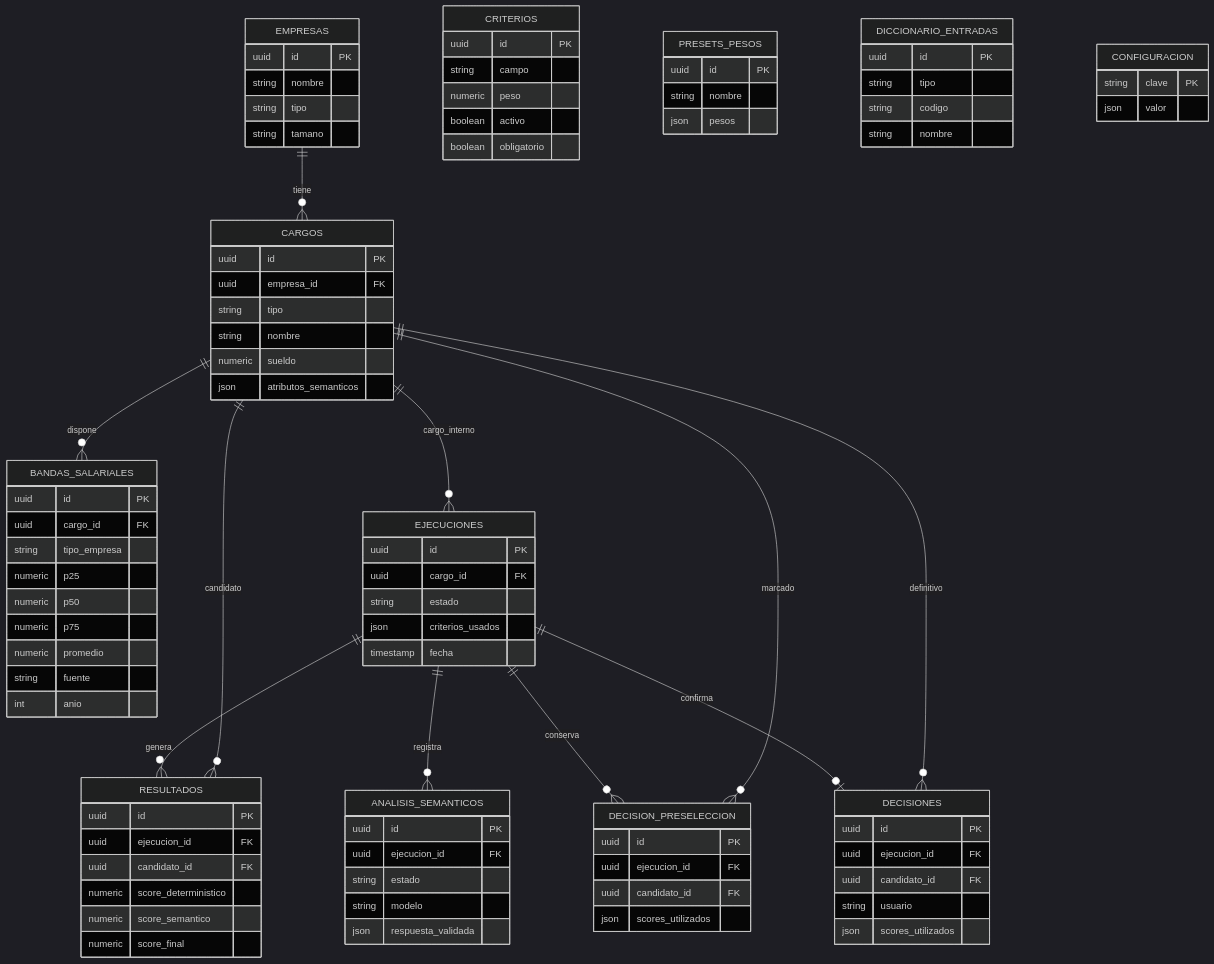
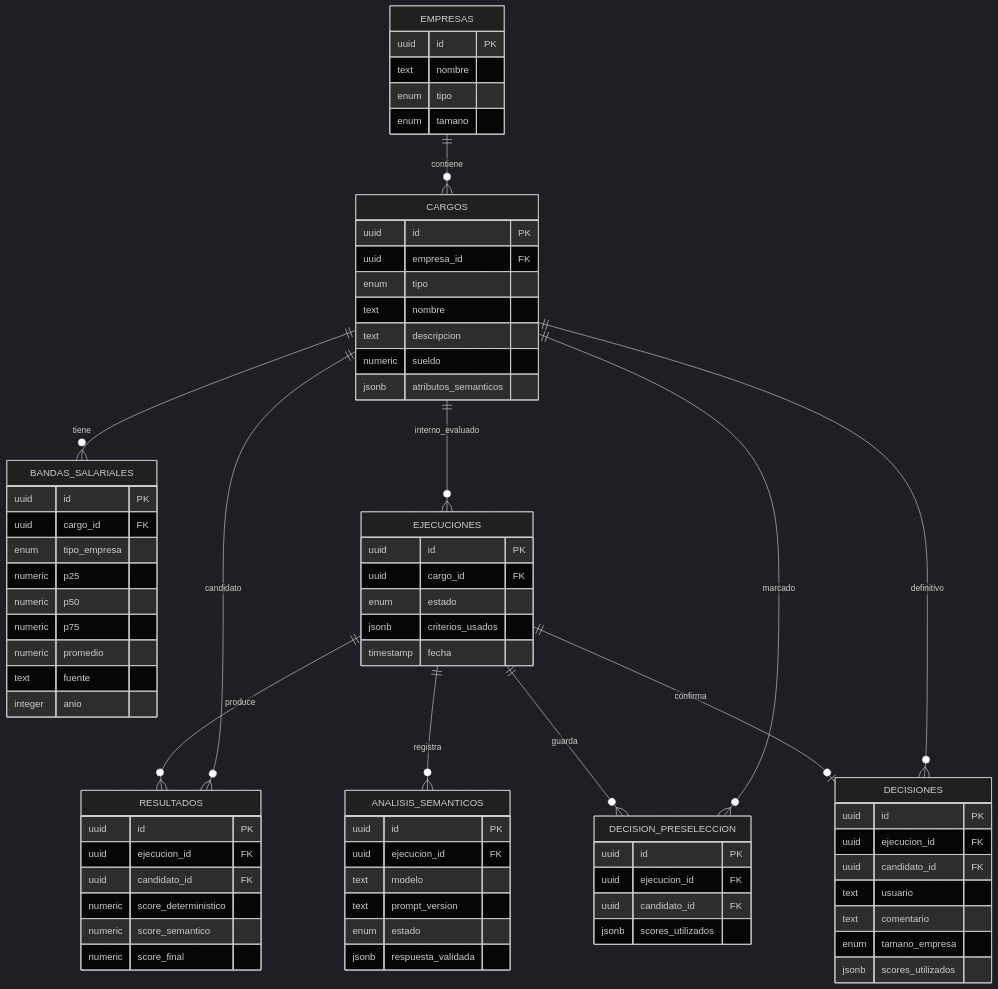
The second of 2 diagrams in docs/tecnica/02-dominio-y-datos.md (NicoCG32/Espejo-Homologa), drawn with Mermaid (dark theme) before and after one commit. The commit also changed other lines of this file and 21 other files, not shown here.

````diff
--- a/docs/tecnica/02-dominio-y-datos.md
+++ b/docs/tecnica/02-dominio-y-datos.md
@@ -81,67 +80,46 @@
 ```mermaid
 erDiagram
-  EMPRESAS ||--o{ CARGOS : tiene
-  CARGOS ||--o{ BANDAS_SALARIALES : dispone
-  CARGOS ||--o{ EJECUCIONES : cargo_interno
-  EJECUCIONES ||--o{ RESULTADOS : genera
+  EMPRESAS ||--o{ CARGOS : contiene
+  CARGOS ||--o{ BANDAS_SALARIALES : tiene
+  CARGOS ||--o{ EJECUCIONES : interno_evaluado
+  EJECUCIONES ||--o{ RESULTADOS : produce
   CARGOS ||--o{ RESULTADOS : candidato
   EJECUCIONES ||--o{ ANALISIS_SEMANTICOS : registra
-  EJECUCIONES ||--o{ DECISION_PRESELECCION : conserva
+  EJECUCIONES ||--o{ DECISION_PRESELECCION : guarda
   CARGOS ||--o{ DECISION_PRESELECCION : marcado
   EJECUCIONES ||--o| DECISIONES : confirma
   CARGOS ||--o{ DECISIONES : definitivo
   EMPRESAS {
     uuid id PK
-    string nombre
-    string tipo
-    string tamano
+    text nombre
+    enum tipo
+    enum tamano
   }
   CARGOS {
     uuid id PK
     uuid empresa_id FK
-    string tipo
-    string nombre
+    enum tipo
+    text nombre
+    text descripcion
     numeric sueldo
-    json atributos_semanticos
+    jsonb atributos_semanticos
   }
   BANDAS_SALARIALES {
     uuid id PK
     uuid cargo_id FK
-    string tipo_empresa
+    enum tipo_empresa
     numeric p25
     numeric p50
     numeric p75
     numeric promedio
-    string fuente
-    int anio
-  }
-  CRITERIOS {
-    uuid id PK
-    string campo
-    numeric peso
-    boolean activo
-    boolean obligatorio
-  }
-  PRESETS_PESOS {
-    uuid id PK
-    string nombre
-    json pesos
-  }
-  DICCIONARIO_ENTRADAS {
-    uuid id PK
-    string tipo
-    string codigo
-    string nombre
-  }
-  CONFIGURACION {
-    string clave PK
-    json valor
+    text fuente
+    integer anio
   }
   EJECUCIONES {
     uuid id PK
     uuid cargo_id FK
-    string estado
-    json criterios_usados
+    enum estado
+    jsonb criterios_usados
     timestamp fecha
   }
   RESULTADOS {
@@ -155,21 +133,24 @@
   ANALISIS_SEMANTICOS {
     uuid id PK
     uuid ejecucion_id FK
-    string estado
-    string modelo
-    json respuesta_validada
+    text modelo
+    text prompt_version
+    enum estado
+    jsonb respuesta_validada
   }
   DECISION_PRESELECCION {
     uuid id PK
     uuid ejecucion_id FK
     uuid candidato_id FK
-    json scores_utilizados
+    jsonb scores_utilizados
   }
   DECISIONES {
     uuid id PK
     uuid ejecucion_id FK
     uuid candidato_id FK
-    string usuario
-    json scores_utilizados
+    text usuario
+    text comentario
+    enum tamano_empresa
+    jsonb scores_utilizados
   }
 ```
````
